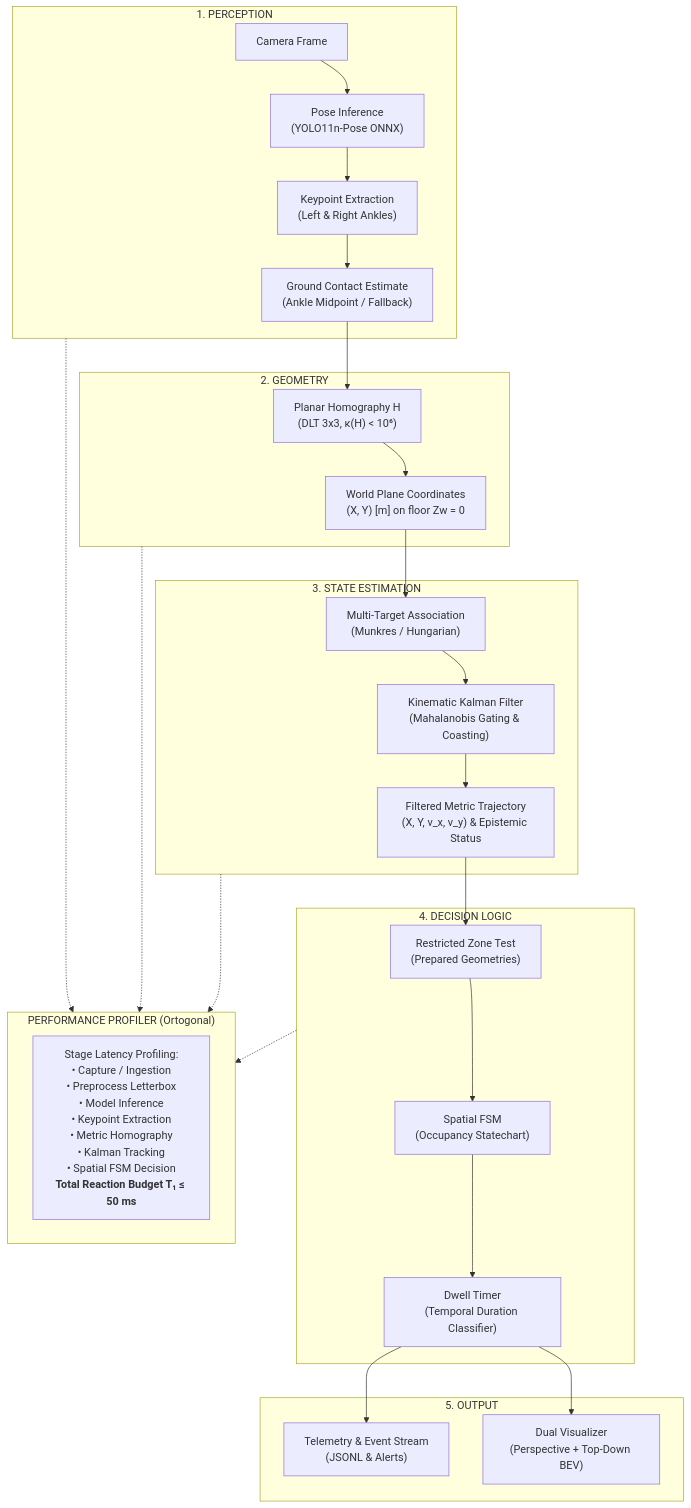
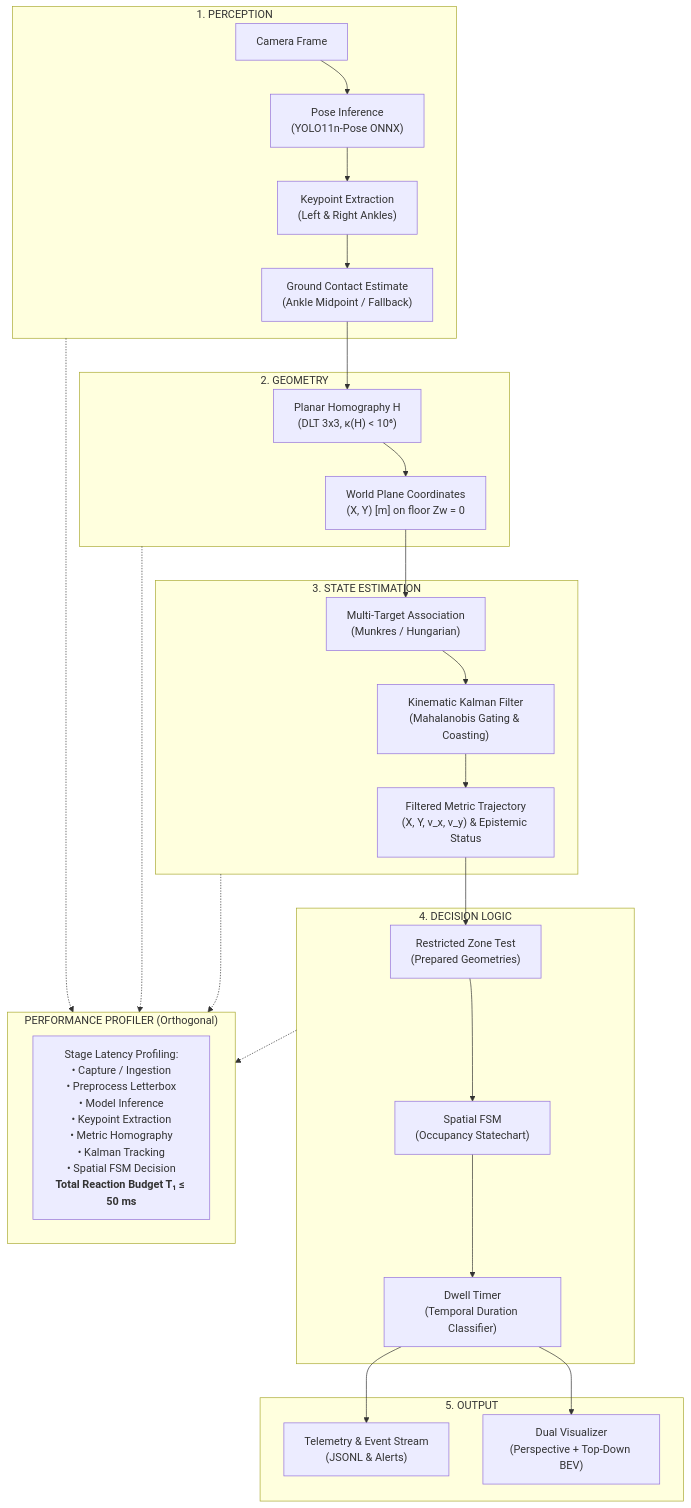
One commit to LeanoA/edge-vision-zone-monitor changed the first of 4 diagrams in README.md. Above: the diagram before and after it, drawn with Mermaid. The commit also changed other lines of this file and 8 other files, not shown here.

````diff
--- a/README.md
+++ b/README.md
@@ -43,39 +41,39 @@
 ```mermaid
 flowchart TD
     subgraph PERCEPTION ["1. PERCEPTION"]
         CAM["Camera Frame"] --> INFER["Pose Inference<br/>(YOLO11n-Pose ONNX)"]
         INFER --> KP["Keypoint Extraction<br/>(Left & Right Ankles)"]
         KP --> GROUND["Ground Contact Estimate<br/>(Ankle Midpoint / Fallback)"]
     end
 
     subgraph GEOMETRY ["2. GEOMETRY"]
         GROUND --> HOMO["Planar Homography H<br/>(DLT 3x3, κ(H) < 10⁶)"]
         HOMO --> METRIC["World Plane Coordinates<br/>(X, Y) [m] on floor Zw = 0"]
     end
 
     subgraph STATE_ESTIMATION ["3. STATE ESTIMATION"]
         METRIC --> MOT["Multi-Target Association<br/>(Munkres / Hungarian)"]
         MOT --> KF["Kinematic Kalman Filter<br/>(Mahalanobis Gating & Coasting)"]
         KF --> TRAJ["Filtered Metric Trajectory<br/>(X, Y, v_x, v_y) & Epistemic Status"]
     end
 
     subgraph DECISION_LOGIC ["4. DECISION LOGIC"]
         TRAJ --> ZONE["Restricted Zone Test<br/>(Prepared Geometries)"]
         ZONE --> FSM["Spatial FSM<br/>(Occupancy Statechart)"]
         FSM --> DWELL["Dwell Timer<br/>(Temporal Duration Classifier)"]
     end
 
     subgraph OUTPUT ["5. OUTPUT"]
         DWELL --> TELEM["Telemetry & Event Stream<br/>(JSONL & Alerts)"]
         DWELL --> OVERLAY["Dual Visualizer<br/>(Perspective + Top-Down BEV)"]
     end
 
-    subgraph PROFILER ["PERFORMANCE PROFILER (Ortogonal)"]
+    subgraph PROFILER ["PERFORMANCE PROFILER (Orthogonal)"]
         PROF["Stage Latency Profiling:<br/>• Capture / Ingestion<br/>• Preprocess Letterbox<br/>• Model Inference<br/>• Keypoint Extraction<br/>• Metric Homography<br/>• Kalman Tracking<br/>• Spatial FSM Decision<br/><b>Total Reaction Budget T₁ ≤ 50 ms</b>"]
     end
 
     PERCEPTION -.-> PROFILER
     GEOMETRY -.-> PROFILER
     STATE_ESTIMATION -.-> PROFILER
     DECISION_LOGIC -.-> PROFILER
 ```
````
